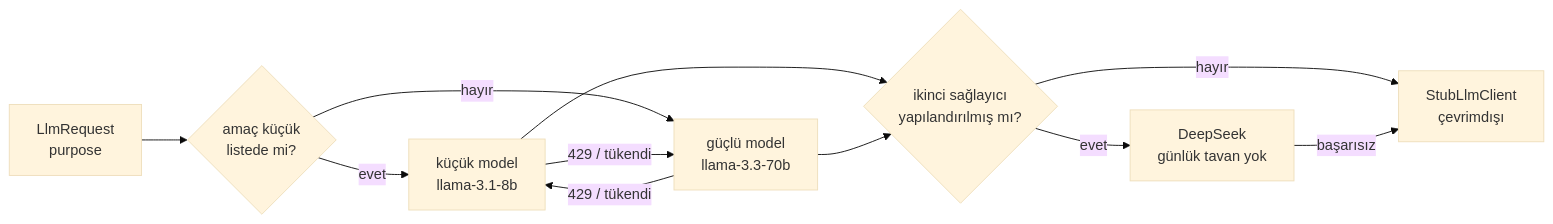
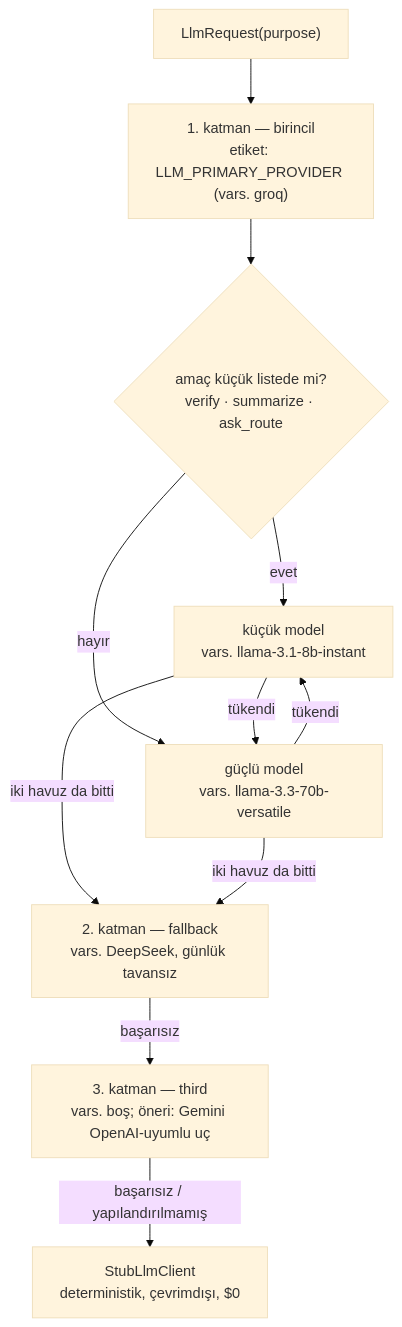
One commit to SamedBilginAlternet/relay changed the third of 5 diagrams in docs/ARCHITECTURE.md. Above: the diagram before and after it, drawn with Mermaid (base theme). The commit also changed other lines of this file and 2 other files, not shown here.

````diff
--- a/docs/ARCHITECTURE.md
+++ b/docs/ARCHITECTURE.md
@@ -108,13 +175,12 @@
 ```mermaid
-flowchart LR
-    R[LlmRequest<br/>purpose] --> Q{amaç küçük<br/>listede mi?}
-    Q -->|evet| S[küçük model<br/>llama-3.1-8b]
-    Q -->|hayır| B[güçlü model<br/>llama-3.3-70b]
-    S -->|429 / tükendi| B
-    B -->|429 / tükendi| S
-    S --> F{ikinci sağlayıcı<br/>yapılandırılmış mı?}
-    B --> F
-    F -->|evet| D[DeepSeek<br/>günlük tavan yok]
-    F -->|hayır| ST[StubLlmClient<br/>çevrimdışı]
-    D -->|başarısız| ST
+flowchart TD
+    R["LlmRequest(purpose)"] --> T0["1. katman — birincil<br/>etiket: LLM_PRIMARY_PROVIDER (vars. groq)"]
+    T0 --> Q{"amaç küçük listede mi?<br/>verify · summarize · ask_route"}
+    Q -->|evet| S["küçük model<br/>vars. llama-3.1-8b-instant"]
+    Q -->|hayır| G["güçlü model<br/>vars. llama-3.3-70b-versatile"]
+    S -->|"tükendi"| G
+    G -->|"tükendi"| S
+    S & G -->|"iki havuz da bitti"| T1["2. katman — fallback<br/>vars. DeepSeek, günlük tavansız"]
+    T1 -->|başarısız| T2["3. katman — third<br/>vars. boş; öneri: Gemini OpenAI-uyumlu uç"]
+    T2 -->|başarısız / yapılandırılmamış| ST["StubLlmClient<br/>deterministik, çevrimdışı, $0"]
 ```
````
